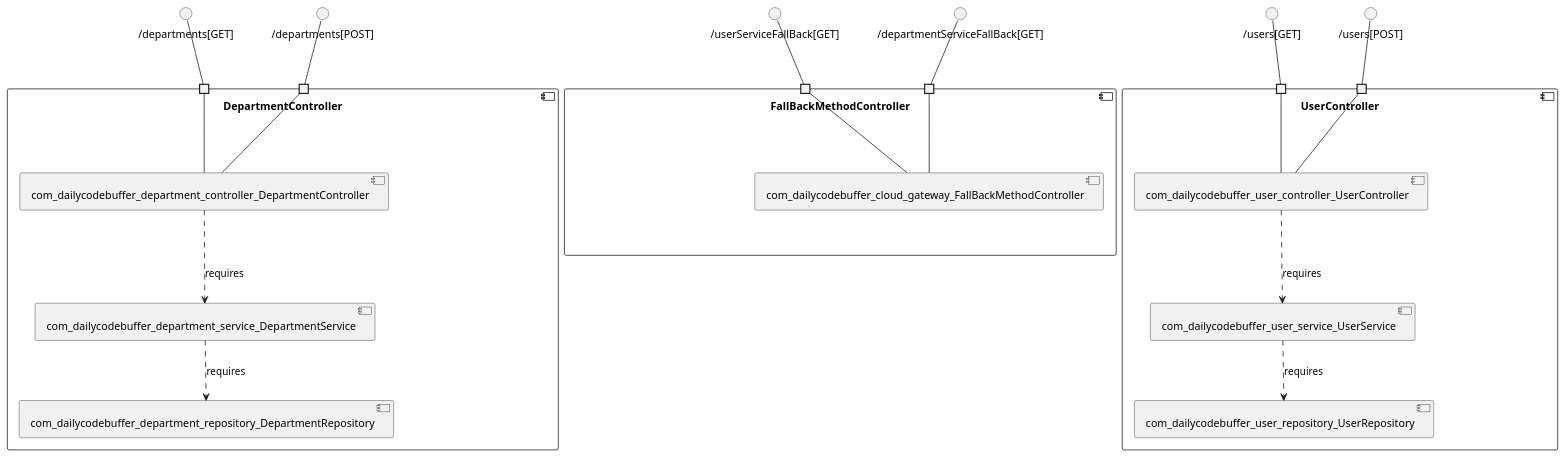
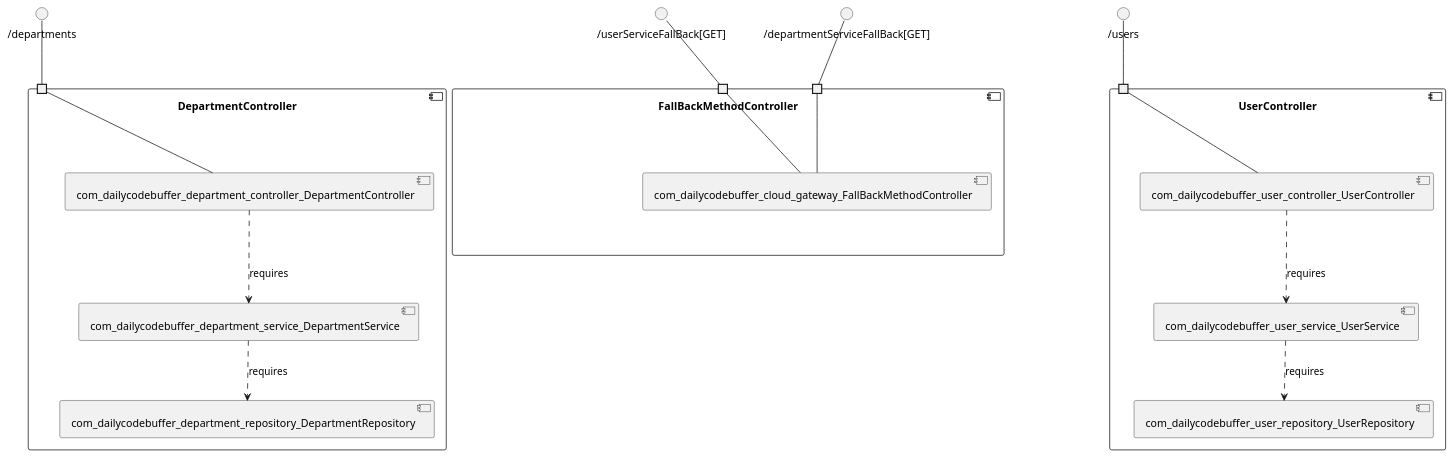
Before and after one commit to View-Based-Reverse-Engineering/Retriever-Benchmark: the diagram in shabbirdwd-springboot/model_re/uml/componentDiagram.puml, drawn with PlantUML. The commit also changed 150 other files, not shown here.

```diff
--- a/shabbirdwd-springboot/model_re/uml/componentDiagram.puml
+++ b/shabbirdwd-springboot/model_re/uml/componentDiagram.puml
@@ -1,45 +1,37 @@
 @startuml
 skinparam fixCircleLabelOverlapping true
 component "DepartmentController\n\n\n\n\n\n" {
-[com_dailycodebuffer_department_repository_DepartmentRepository]
 [com_dailycodebuffer_department_service_DepartmentService]
 [com_dailycodebuffer_department_controller_DepartmentController]
-portin " " as DepartmentController.requires._departments_GET_
-portin " " as DepartmentController.requires._departments_POST_
+[com_dailycodebuffer_department_repository_DepartmentRepository]
+portin " " as DepartmentController.requires._departments
+[com_dailycodebuffer_department_service_DepartmentService]..>[com_dailycodebuffer_department_repository_DepartmentRepository] : requires
 [com_dailycodebuffer_department_controller_DepartmentController]..>[com_dailycodebuffer_department_service_DepartmentService] : requires
-[com_dailycodebuffer_department_service_DepartmentService]..>[com_dailycodebuffer_department_repository_DepartmentRepository] : requires
-"DepartmentController.requires._departments_GET_"--[com_dailycodebuffer_department_controller_DepartmentController]
-"DepartmentController.requires._departments_POST_"--[com_dailycodebuffer_department_controller_DepartmentController]
+"DepartmentController.requires._departments"--[com_dailycodebuffer_department_controller_DepartmentController]
 }
-interface "/departments[GET]" as interface._departments_GET_
-interface._departments_GET_--"DepartmentController.requires._departments_GET_"
-interface "/departments[POST]" as interface._departments_POST_
-interface._departments_POST_--"DepartmentController.requires._departments_POST_"
+interface "/departments" as interface._departments
+interface._departments--"DepartmentController.requires._departments"
 component "FallBackMethodController\n\n\n\n\n\n" {
 [com_dailycodebuffer_cloud_gateway_FallBackMethodController]
 portin " " as FallBackMethodController.requires._departmentServiceFallBack_GET_
 portin " " as FallBackMethodController.requires._userServiceFallBack_GET_
 "FallBackMethodController.requires._userServiceFallBack_GET_"--[com_dailycodebuffer_cloud_gateway_FallBackMethodController]
 "FallBackMethodController.requires._departmentServiceFallBack_GET_"--[com_dailycodebuffer_cloud_gateway_FallBackMethodController]
 }
 interface "/userServiceFallBack[GET]" as interface._userServiceFallBack_GET_
 interface._userServiceFallBack_GET_--"FallBackMethodController.requires._userServiceFallBack_GET_"
 interface "/departmentServiceFallBack[GET]" as interface._departmentServiceFallBack_GET_
 interface._departmentServiceFallBack_GET_--"FallBackMethodController.requires._departmentServiceFallBack_GET_"
 component "UserController\n\n\n\n\n\n" {
-[com_dailycodebuffer_user_repository_UserRepository]
 [com_dailycodebuffer_user_service_UserService]
 [com_dailycodebuffer_user_controller_UserController]
-portin " " as UserController.requires._users_GET_
-portin " " as UserController.requires._users_POST_
+[com_dailycodebuffer_user_repository_UserRepository]
+portin " " as UserController.requires._users
+[com_dailycodebuffer_user_service_UserService]..>[com_dailycodebuffer_user_repository_UserRepository] : requires
 [com_dailycodebuffer_user_controller_UserController]..>[com_dailycodebuffer_user_service_UserService] : requires
-[com_dailycodebuffer_user_service_UserService]..>[com_dailycodebuffer_user_repository_UserRepository] : requires
-"UserController.requires._users_GET_"--[com_dailycodebuffer_user_controller_UserController]
-"UserController.requires._users_POST_"--[com_dailycodebuffer_user_controller_UserController]
+"UserController.requires._users"--[com_dailycodebuffer_user_controller_UserController]
 }
-interface "/users[GET]" as interface._users_GET_
-interface._users_GET_--"UserController.requires._users_GET_"
-interface "/users[POST]" as interface._users_POST_
-interface._users_POST_--"UserController.requires._users_POST_"
+interface "/users" as interface._users
+interface._users--"UserController.requires._users"
 
 @enduml
```
